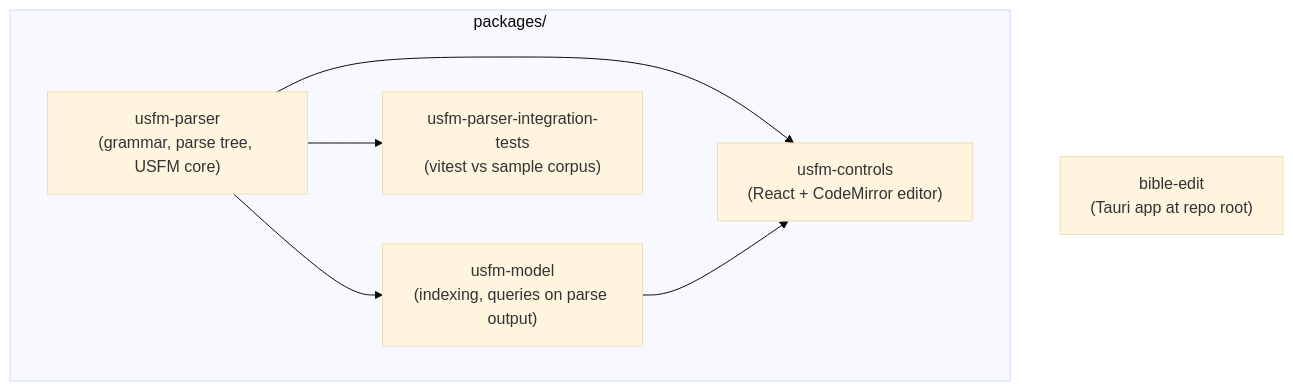
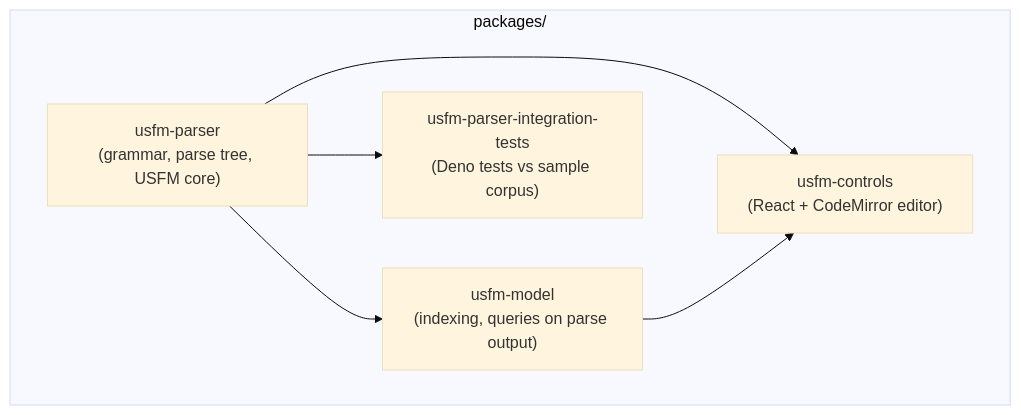
The diagram in README.md (bencarnes/UsfmTools), drawn with Mermaid (base theme) before and after one commit. The commit also changed other lines of this file and 124 other files, not shown here.

````diff
--- a/README.md
+++ b/README.md
@@ -9,14 +9,13 @@
 ```mermaid
 flowchart TB
   subgraph packages["packages/"]
     parser["usfm-parser\n(grammar, parse tree, USFM core)"]
     model["usfm-model\n(indexing, queries on parse output)"]
     controls["usfm-controls\n(React + CodeMirror editor)"]
-    integ["usfm-parser-integration-tests\n(vitest vs sample corpus)"]
+    integ["usfm-parser-integration-tests\n(Deno tests vs sample corpus)"]
   end
-  bible["bible-edit\n(Tauri app at repo root)"]
   parser --> model
   parser --> controls
   model --> controls
   parser --> integ
 ```
````
